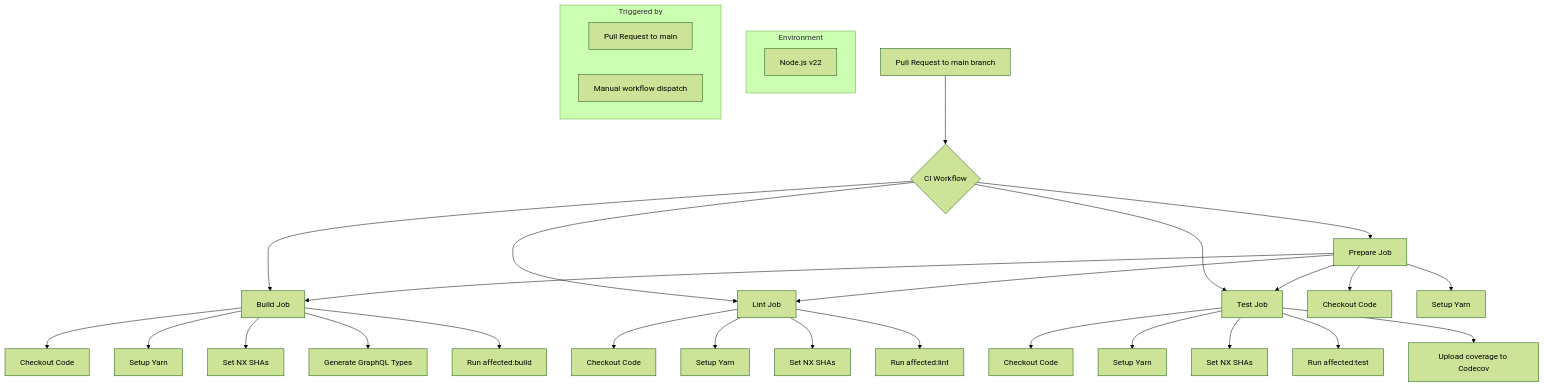
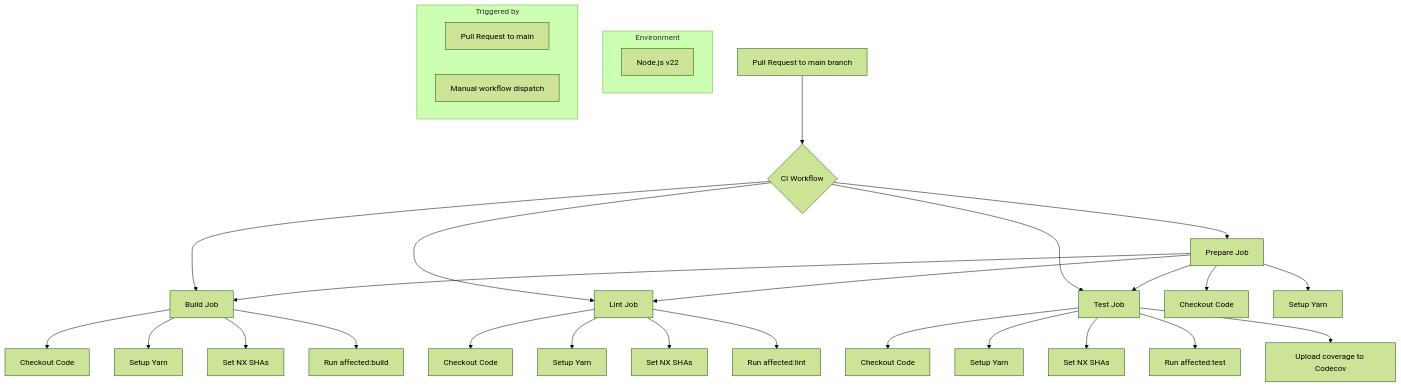
Before and after one commit to cisstech/platon: the third of 3 diagrams in README.md, drawn with Mermaid (forest theme). The commit also changed other lines of this file and 16 other files, not shown here.

First line of the commit message:
build: remove GraphQL, its code generation and its packages

````diff
--- a/README.md
+++ b/README.md
@@ -557,41 +549,40 @@
 ```mermaid
 graph TD
     A[Pull Request to main branch] --> B{CI Workflow}
     B --> C[Prepare Job]
     B --> D[Build Job]
     B --> E[Lint Job]
     B --> F[Test Job]
 
     C --> C1[Checkout Code]
     C --> C2[Setup Yarn]
 
     D --> D1[Checkout Code]
     D --> D2[Setup Yarn]
     D --> D3[Set NX SHAs]
-    D --> D4[Generate GraphQL Types]
-    D --> D5[Run affected:build]
+    D --> D4[Run affected:build]
 
     E --> E1[Checkout Code]
     E --> E2[Setup Yarn]
     E --> E3[Set NX SHAs]
     E --> E4[Run affected:lint]
 
     F --> F1[Checkout Code]
     F --> F2[Setup Yarn]
     F --> F3[Set NX SHAs]
     F --> F4[Run affected:test]
     F --> F5[Upload coverage to Codecov]
 
     C --> D
     C --> E
     C --> F
 
     subgraph "Environment"
     G[Node.js v22]
     end
 
     subgraph "Triggered by"
     H[Pull Request to main]
     I[Manual workflow dispatch]
     end
 ```
````
